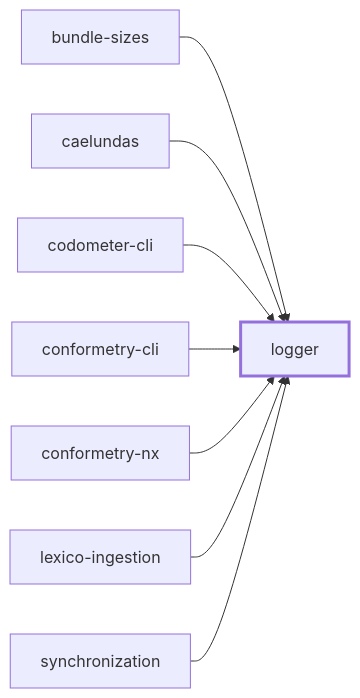
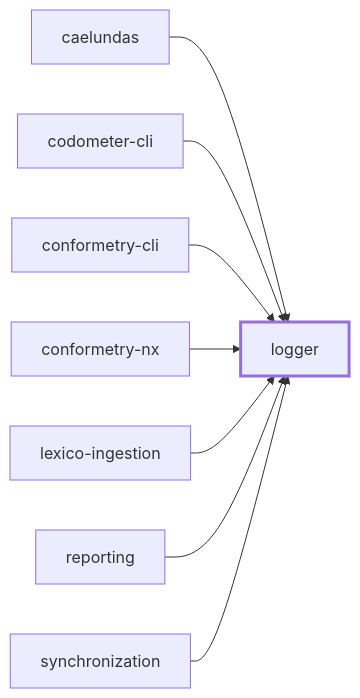
The first of 2 diagrams in packages/logger/README.md (JimmyPaolini/codebase), drawn with Mermaid before and after one commit. The commit also changed 60 other files, not shown here.

Commit message:
refactor(reporting): ♻️ generalize the bundle sizes tool into a reporting host

````diff
--- a/packages/logger/README.md
+++ b/packages/logger/README.md
@@ -77,20 +77,20 @@
 ```mermaid
 flowchart LR
-  bundle_sizes["bundle-sizes"]
   caelundas["caelundas"]
   codometer_cli["codometer-cli"]
   conformetry_cli["conformetry-cli"]
   conformetry_nx["conformetry-nx"]
   lexico_ingestion["lexico-ingestion"]
   logger["logger"]
+  reporting["reporting"]
   synchronization["synchronization"]
-  bundle_sizes --> logger
   caelundas --> logger
   codometer_cli --> logger
   conformetry_cli --> logger
   conformetry_nx --> logger
   lexico_ingestion --> logger
+  reporting --> logger
   synchronization --> logger
   classDef subject stroke-width:3px
   class logger subject
 ```
````
